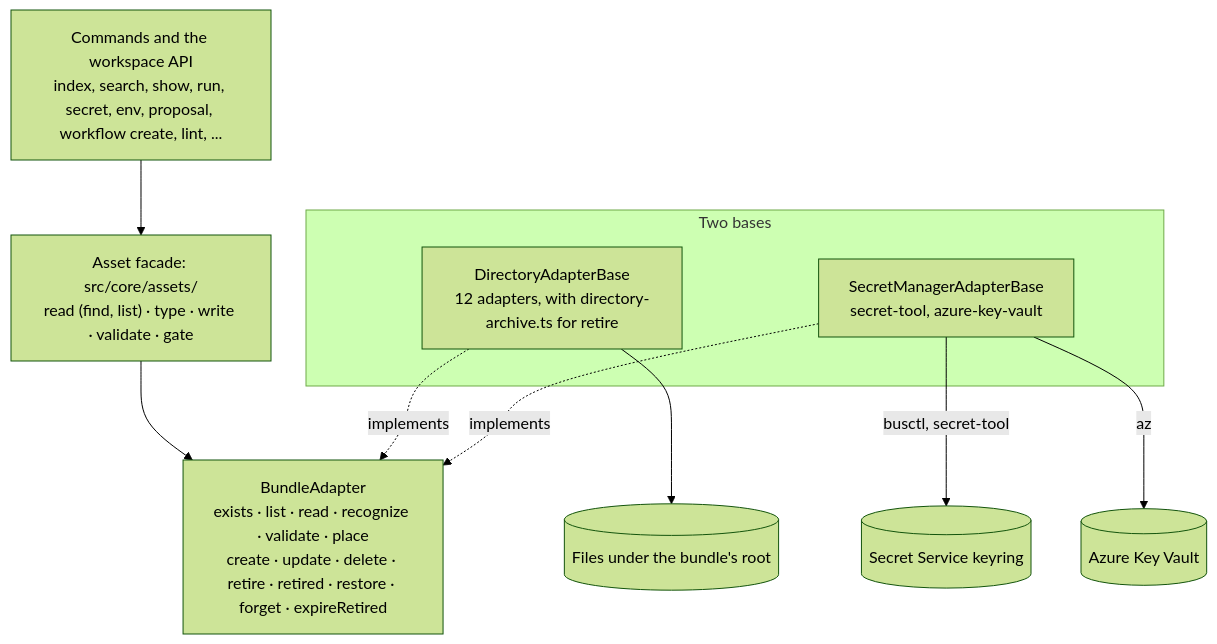
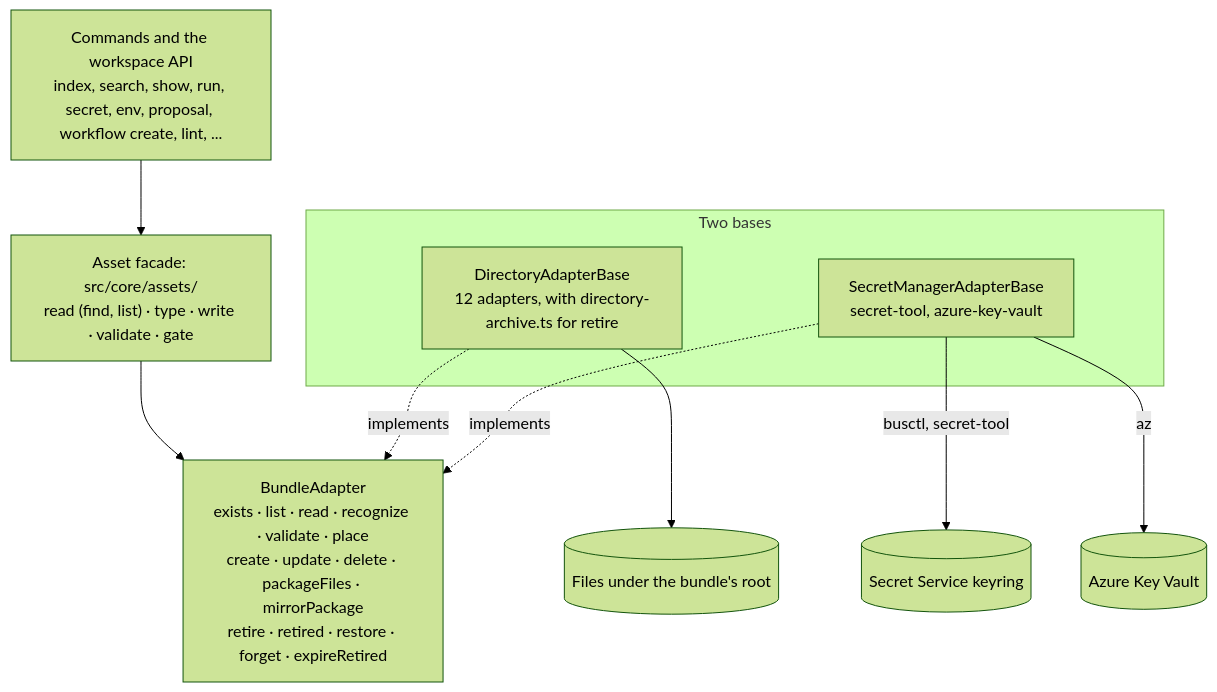
One commit to itlackey/akm changed the diagram in docs/architecture/adapters.md. Above: the diagram before and after it, drawn with Mermaid (forest theme). The commit also changed other lines of this file and 7 other files, not shown here.

````diff
--- a/docs/architecture/adapters.md
+++ b/docs/architecture/adapters.md
@@ -36,20 +35,20 @@
 ```mermaid
 flowchart TD
   CMD["Commands and the workspace API<br/>index, search, show, run, secret, env, proposal, workflow create, lint, ..."]
   FAC["Asset facade: src/core/assets/<br/>read (find, list) · type · write · validate · gate"]
-  ADP["BundleAdapter<br/>exists · list · read · recognize · validate · place<br/>create · update · delete · retire · retired · restore · forget · expireRetired"]
+  ADP["BundleAdapter<br/>exists · list · read · recognize · validate · place<br/>create · update · delete · packageFiles · mirrorPackage<br/>retire · retired · restore · forget · expireRetired"]
   subgraph BASES["Two bases"]
     DIR["DirectoryAdapterBase<br/>12 adapters, with directory-archive.ts for retire"]
     SEC["SecretManagerAdapterBase<br/>secret-tool, azure-key-vault"]
   end
   FILES[("Files under the bundle's root")]
   KR[("Secret Service keyring")]
   KV[("Azure Key Vault")]
   CMD --> FAC
   FAC --> ADP
   DIR -. implements .-> ADP
   SEC -. implements .-> ADP
   DIR --> FILES
   SEC -->|"busctl, secret-tool"| KR
   SEC -->|"az"| KV
 ```
````
